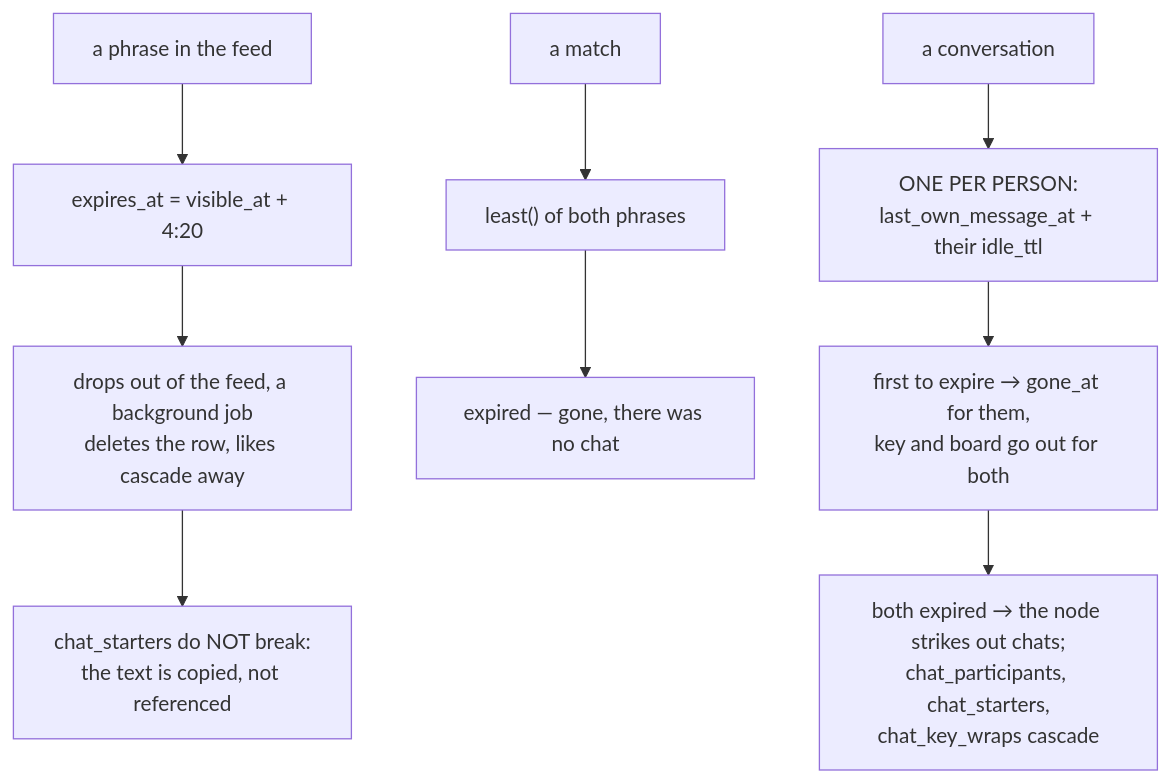
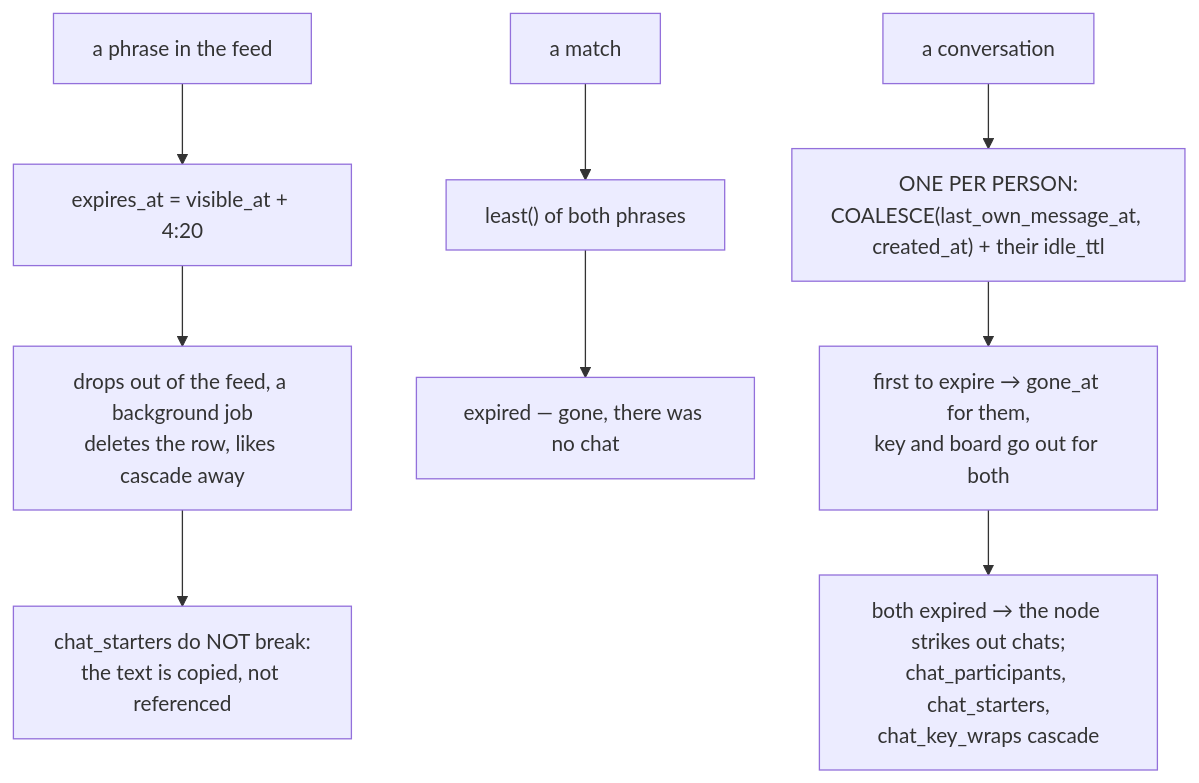
Before and after one commit to panov-id/xor.ad: diagram 27 of 30 in docs/chat-flows_EN.md, drawn with Mermaid. The commit also changed other lines of this file and 15 other files, not shown here.

First line of the commit message:
Hold table sends only while own items are in checking, make the verdict one transaction, write the send-time SQL and author indexes, count a silent span from the chat's creation everywhere, tighten the offer complaint wording, lift the away label by message or move, and add the missing tests

````diff
--- a/docs/chat-flows_EN.md
+++ b/docs/chat-flows_EN.md
@@ -902,11 +902,11 @@
 ```mermaid
 flowchart TD
   feed["a phrase in the feed"] --> f1["expires_at = visible_at + 4:20"]
   f1 --> f2["drops out of the feed, a background job<br/>deletes the row, likes cascade away"]
   f2 --> f3["chat_starters do NOT break:<br/>the text is copied, not referenced"]
   match["a match"] --> m1["least#40;#41; of both phrases"]
   m1 --> m2["expired — gone, there was no chat"]
-  chat["a conversation"] --> c1["ONE PER PERSON:<br/>last_own_message_at + their idle_ttl"]
+  chat["a conversation"] --> c1["ONE PER PERSON:<br/>COALESCE(last_own_message_at, created_at) + their idle_ttl"]
   c1 --> c2["first to expire → gone_at for them,<br/>key and board go out for both"]
   c2 --> c3["both expired → the node strikes out chats;<br/>chat_participants, chat_starters,<br/>chat_key_wraps cascade"]
 ```
````
